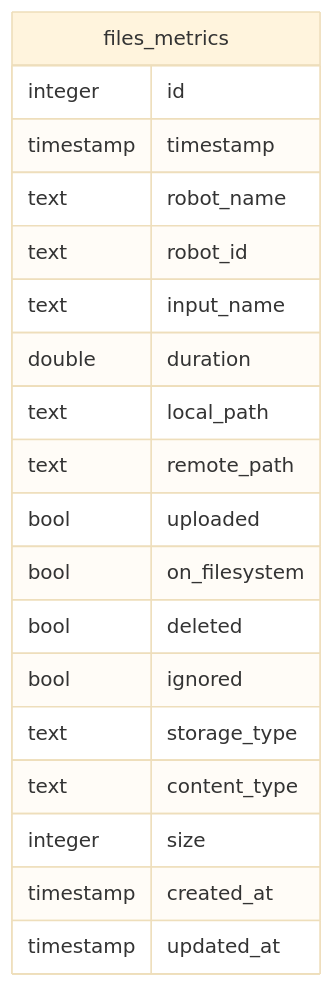
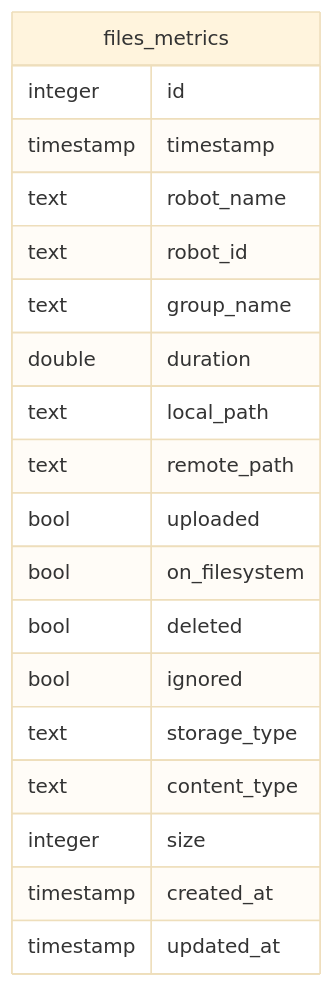
The diagram in doc/src/dc/destinations/flb_files_metrics.md (Minipada/ros2_data_collection), drawn with Mermaid (base theme) before and after one commit. The commit also changed other lines of this file and 7 other files, not shown here.

````diff
--- a/doc/src/dc/destinations/flb_files_metrics.md
+++ b/doc/src/dc/destinations/flb_files_metrics.md
@@ -11,22 +11,22 @@
 ```mermaid
 erDiagram
     files_metrics {
         integer id
         timestamp timestamp
         text robot_name
         text robot_id
-        text input_name
+        text group_name
         double duration
         text local_path
         text remote_path
         bool uploaded
         bool on_filesystem
         bool deleted
         bool ignored
         text storage_type
         text content_type
         integer size
         timestamp created_at
         timestamp updated_at
     }
 ```
````
